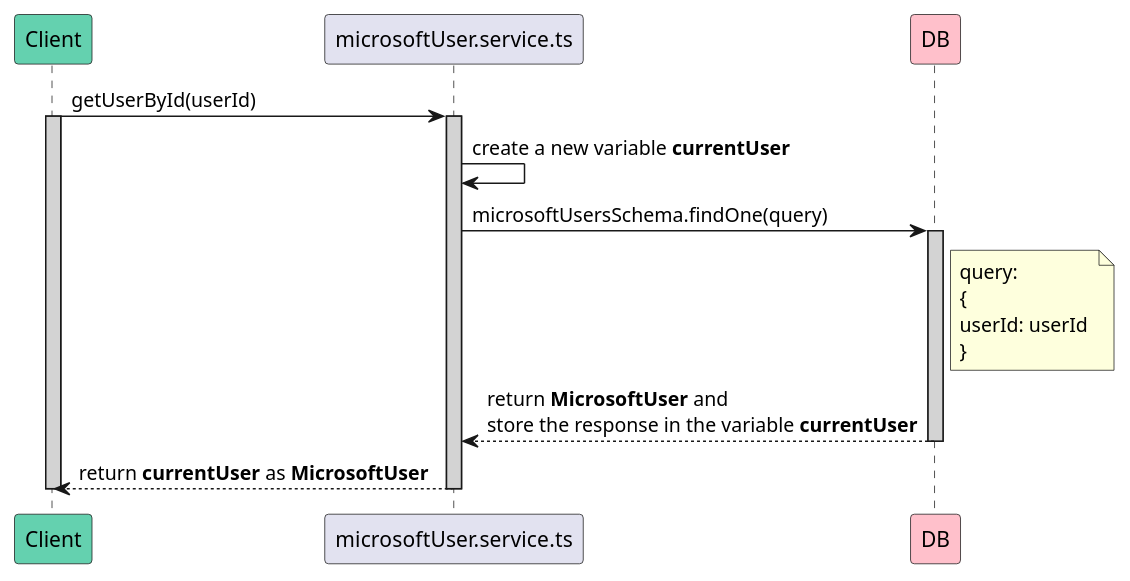
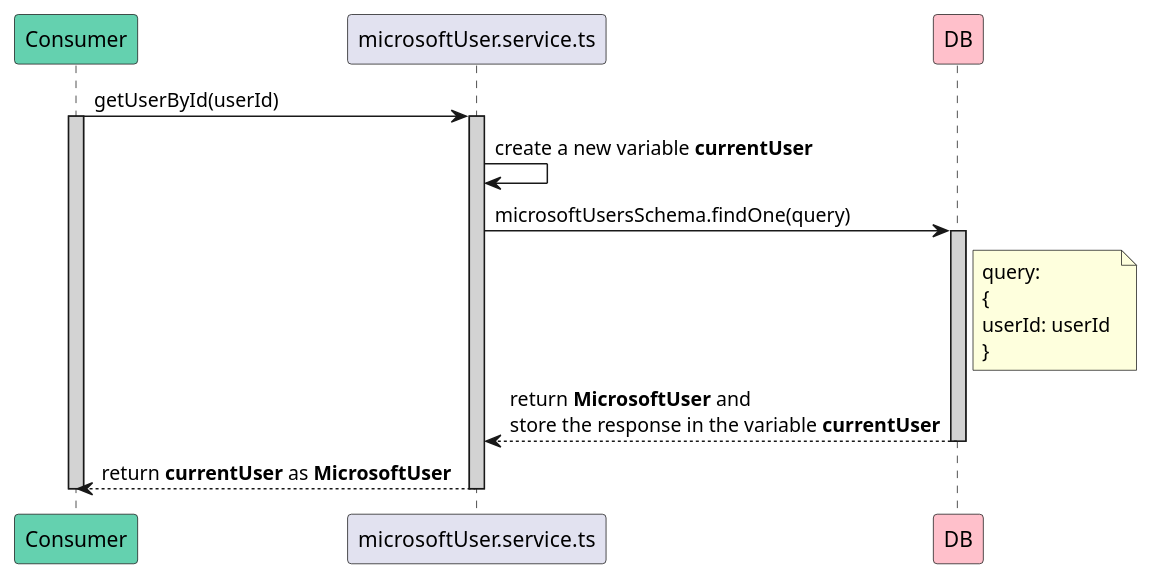
The diagram in backend/shared_services_design/get_user_by_id.services.user.puml (avasoft-mobility/workday-design), drawn with PlantUML before and after one commit. The commit also changed 25 other files, not shown here.

Commit message:
Add consumer instead of Client

```diff
--- a/backend/shared_services_design/get_user_by_id.services.user.puml
+++ b/backend/shared_services_design/get_user_by_id.services.user.puml
@@ -1,21 +1,21 @@
 @startuml getUserById
-participant Client #64D1AF
+participant Consumer #64D1AF
 participant microsoftUser.service.ts
 participant DB #FFC0CB
 
-Client -> microsoftUser.service.ts : getUserById(userId)
-activate Client #D3D3D3
+Consumer -> microsoftUser.service.ts : getUserById(userId)
+activate Consumer #D3D3D3
 activate microsoftUser.service.ts #D3D3D3   
 
 microsoftUser.service.ts -> microsoftUser.service.ts: create a new variable **currentUser**
 
 microsoftUser.service.ts -> DB: microsoftUsersSchema.findOne(query)
 activate DB #D3D3D3
 note right of DB: query: \n{\nuserId: userId \n}
 
 DB --> microsoftUser.service.ts: return **MicrosoftUser** and \nstore the response in the variable **currentUser**
 deactivate DB
-microsoftUser.service.ts --> Client: return **currentUser** as **MicrosoftUser**
+microsoftUser.service.ts --> Consumer: return **currentUser** as **MicrosoftUser**
 deactivate microsoftUser.service.ts
-deactivate Client
+deactivate Consumer
 @enduml
```
